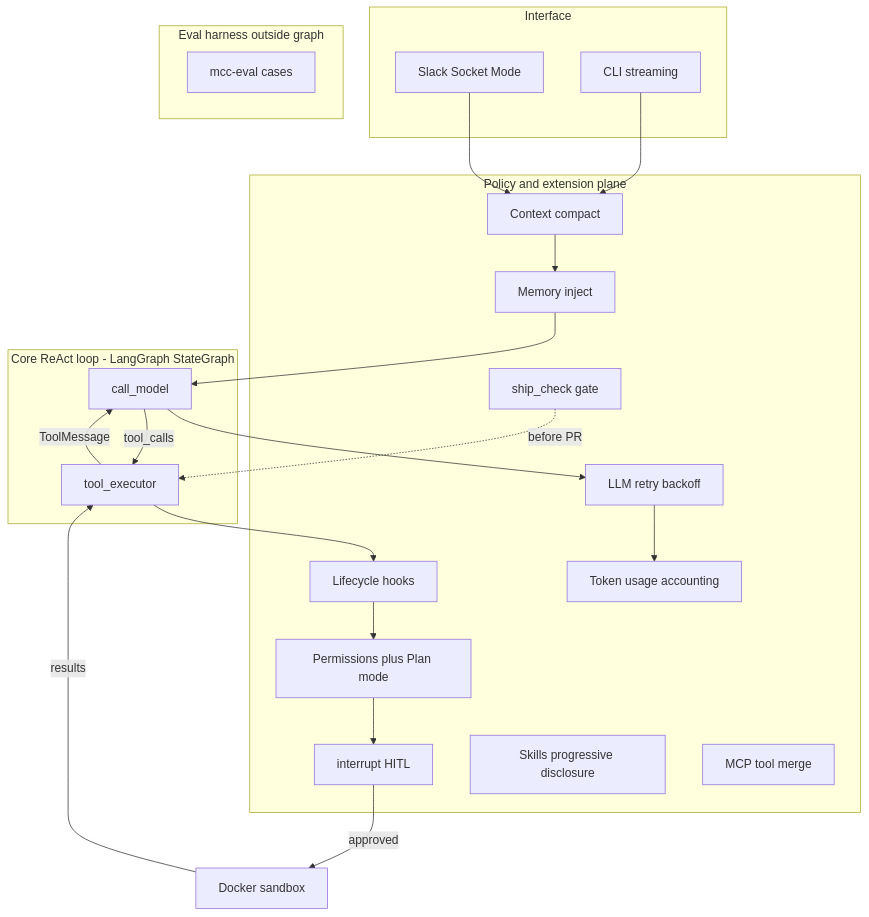
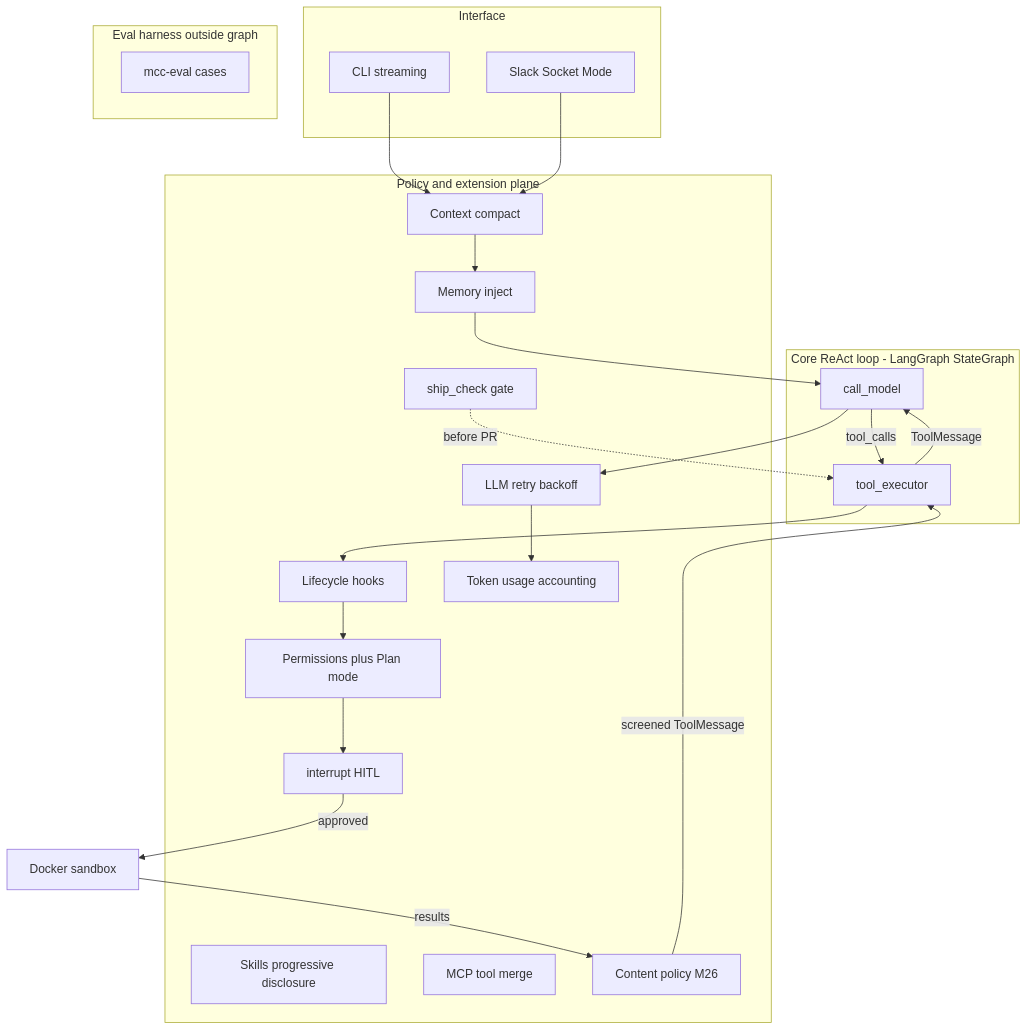
The second of 2 diagrams in docs/architecture.md (CharlotteYW/mini-claude-code), drawn with Mermaid before and after one commit. The commit also changed other lines of this file and 16 other files, not shown here.

First line of the commit message:
Ship M26 content policy with fake docs MCP and client wrap.

````diff
--- a/docs/architecture.md
+++ b/docs/architecture.md
@@ -47,40 +47,42 @@
 ```mermaid
 flowchart TB
   subgraph ui [Interface]
     CLI[CLI streaming]
     Slack[Slack Socket Mode]
   end
   subgraph core [Core ReAct loop - LangGraph StateGraph]
     Model[call_model]
     Tools[tool_executor]
     Model -->|tool_calls| Tools
     Tools -->|ToolMessage| Model
   end
   subgraph plane [Policy and extension plane]
     Perm[Permissions plus Plan mode]
     HITL[interrupt HITL]
     Hooks[Lifecycle hooks]
     Skills[Skills progressive disclosure]
     MCP[MCP tool merge]
+    ContentPolicy[Content policy M26]
     Compact[Context compact]
     Memory[Memory inject]
     Retry[LLM retry backoff]
     Usage[Token usage accounting]
     Ship[ship_check gate]
   end
   subgraph eval [Eval harness outside graph]
     EvalRunner[mcc-eval cases]
   end
   CLI --> Compact
   Slack --> Compact
   Compact --> Memory
   Memory --> Model
   Model --> Retry
   Retry --> Usage
   Tools --> Hooks
   Hooks --> Perm
   Perm --> HITL
   HITL -->|approved| Sandbox[Docker sandbox]
-  Sandbox -->|results| Tools
+  Sandbox -->|results| ContentPolicy
+  ContentPolicy -->|screened ToolMessage| Tools
   Ship -.->|before PR| Tools
 ```
````
